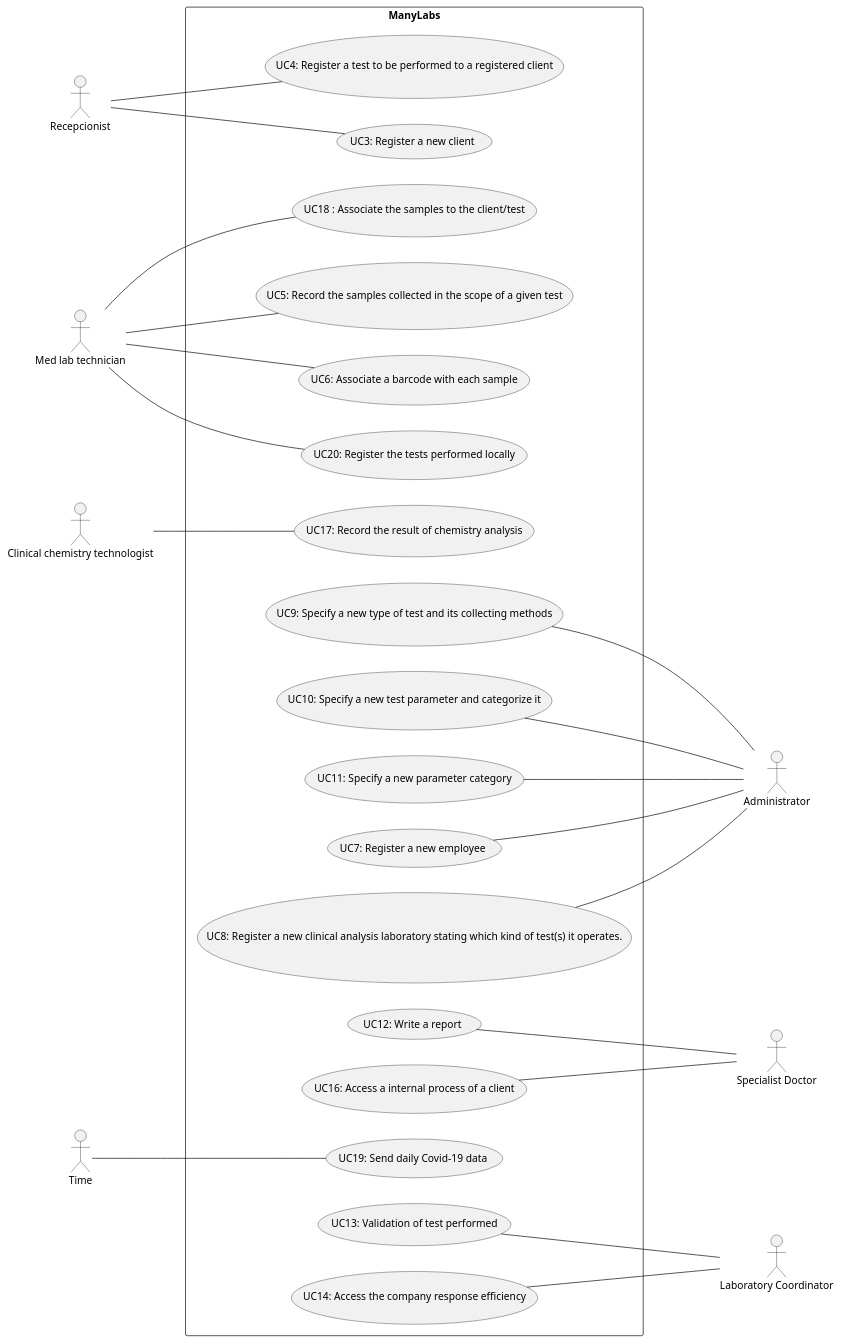
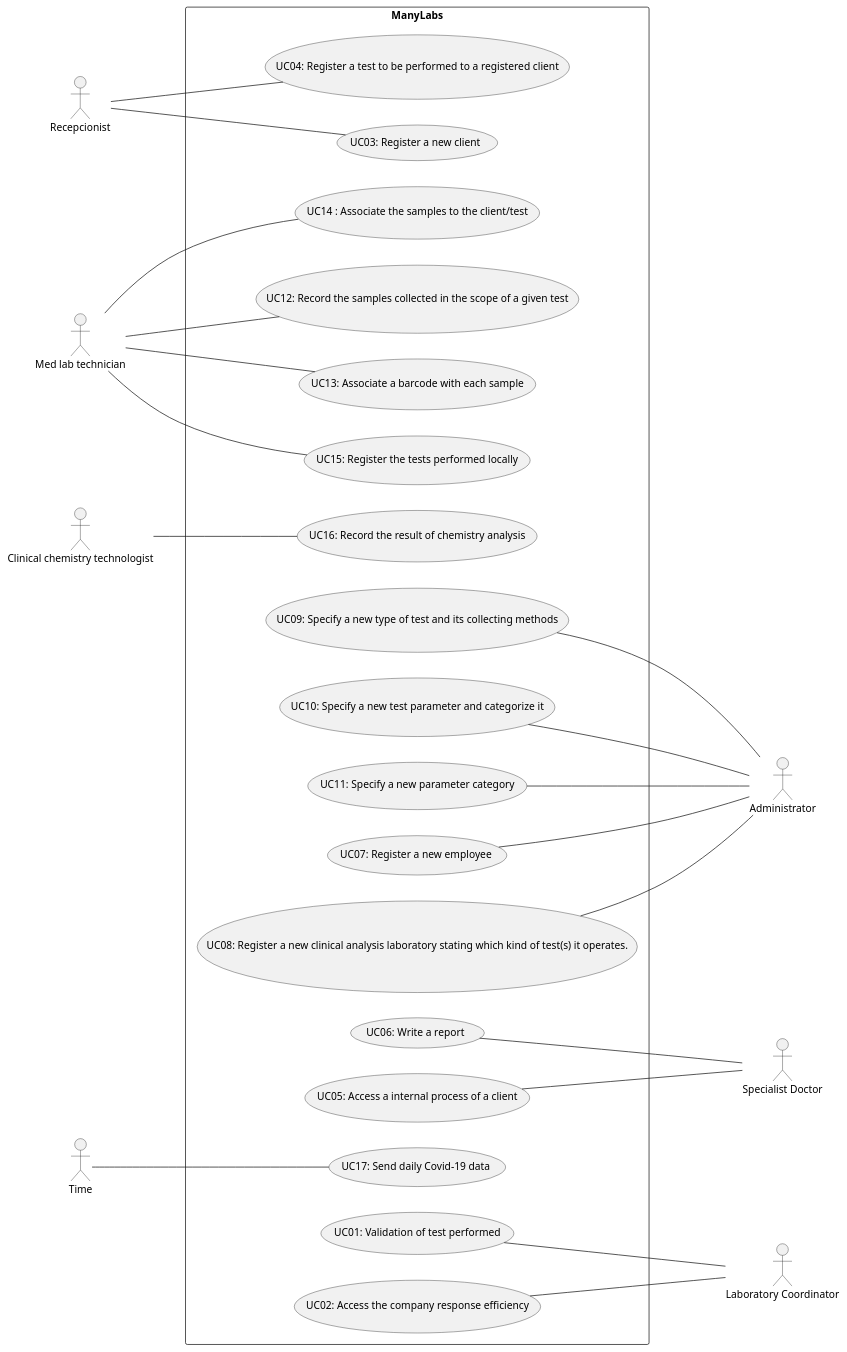
The diagram in docs/SprintB/SprintA/UCD.puml (manu-07-ela/LAPR2_ISEP), drawn with PlantUML before and after one commit. The commit also changed 2 other files, not shown here.

```diff
--- a/docs/SprintB/SprintA/UCD.puml
+++ b/docs/SprintB/SprintA/UCD.puml
@@ -1,59 +1,59 @@
 @startuml
 'https://plantuml.com/use-case-diagram
 left to right direction
 actor "Administrator" as Adm
 actor "Recepcionist" as Recp
 actor "Med lab technician" as MedLab
 actor "Clinical chemistry technologist" as ClinTec
 actor "Specialist Doctor" as Doc
 actor "Laboratory Coordinator" as LabCod
 actor "Time" as Time
 
 
 rectangle ManyLabs{
 
-usecase "UC3: Register a new client" as UC3
-usecase "UC4: Register a test to be performed to a registered client" as UC4
-usecase "UC5: Record the samples collected in the scope of a given test" as UC5
-usecase "UC6: Associate a barcode with each sample" as UC6
-usecase "UC20: Register the tests performed locally" as UC20
-usecase "UC17: Record the result of chemistry analysis" as UC17
-usecase "UC18 : Associate the samples to the client/test" as UC18
-usecase "UC9: Specify a new type of test and its collecting methods" as UC9
+usecase "UC03: Register a new client" as UC03
+usecase "UC04: Register a test to be performed to a registered client" as UC04
+usecase "UC12: Record the samples collected in the scope of a given test" as UC12
+usecase "UC13: Associate a barcode with each sample" as UC13
+usecase "UC15: Register the tests performed locally" as UC15
+usecase "UC16: Record the result of chemistry analysis" as UC16
+usecase "UC14 : Associate the samples to the client/test" as UC14
+usecase "UC09: Specify a new type of test and its collecting methods" as UC09
 usecase "UC10: Specify a new test parameter and categorize it" as UC10
 usecase "UC11: Specify a new parameter category" as UC11
-usecase "UC12: Write a report" as UC12
-usecase "UC13: Validation of test performed" as UC13
-usecase "UC14: Access the company response efficiency" as UC14
-usecase "UC16: Access a internal process of a client" as UC16
-usecase "UC19: Send daily Covid-19 data" as UC19
-usecase "UC7: Register a new employee" as UC7
-usecase "UC8: Register a new clinical analysis laboratory stating which kind of test(s) it operates." as UC8
+usecase "UC06: Write a report" as UC06
+usecase "UC01: Validation of test performed" as UC01
+usecase "UC02: Access the company response efficiency" as UC02
+usecase "UC05: Access a internal process of a client" as UC05
+usecase "UC17: Send daily Covid-19 data" as UC17
+usecase "UC07: Register a new employee" as UC07
+usecase "UC08: Register a new clinical analysis laboratory stating which kind of test(s) it operates." as UC08
 
 }
 
-Recp -- UC3
-Recp -- UC4
-MedLab -- UC5
-MedLab -- UC6
-MedLab -- UC20
-MedLab -- UC18
-ClinTec -- UC17
-UC7 --- Adm
-UC8 --- Adm
-UC9 --- Adm
+Recp -- UC03
+Recp -- UC04
+MedLab -- UC12
+MedLab -- UC13
+MedLab -- UC15
+MedLab -- UC14
+ClinTec -- UC16
+UC07 --- Adm
+UC08 --- Adm
+UC09 --- Adm
 UC11 --- Adm
 UC10 --- Adm
-UC16 --- Doc
-UC12 --- Doc
-UC13 --- LabCod
-UC14 --- LabCod
-Time -- UC19
+UC05 --- Doc
+UC06 --- Doc
+UC01 --- LabCod
+UC02 --- LabCod
+Time -- UC17
 
 
 
 
 
 
 
 @enduml
```
